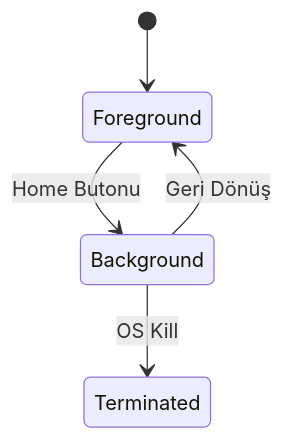
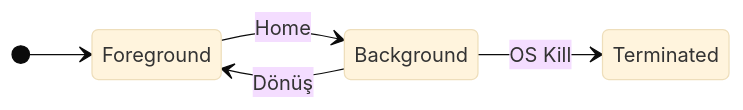
One commit to MustafaU55/mobil-test changed the second of 3 diagrams in slides.md. Above: the diagram before and after it, drawn with Mermaid. The commit also changed other lines of this file and 6 other files, not shown here.

````diff
--- a/slides.md
+++ b/slides.md
@@ -225,7 +275,13 @@
 ```mermaid
+---
+config:
+  theme: base
+---
 stateDiagram-v2
+    direction LR
+
     [*] --> Foreground
-    Foreground --> Background : Home Butonu
-    Background --> Foreground : Geri Dönüş
+    Foreground --> Background : Home
+    Background --> Foreground : Dönüş
     Background --> Terminated : OS Kill
 ```
````
